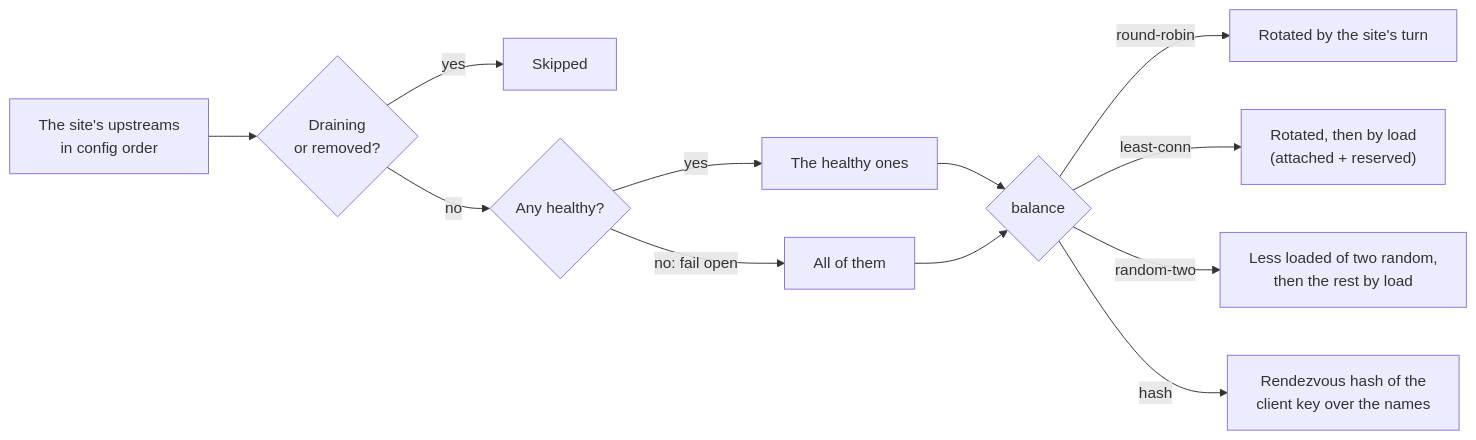
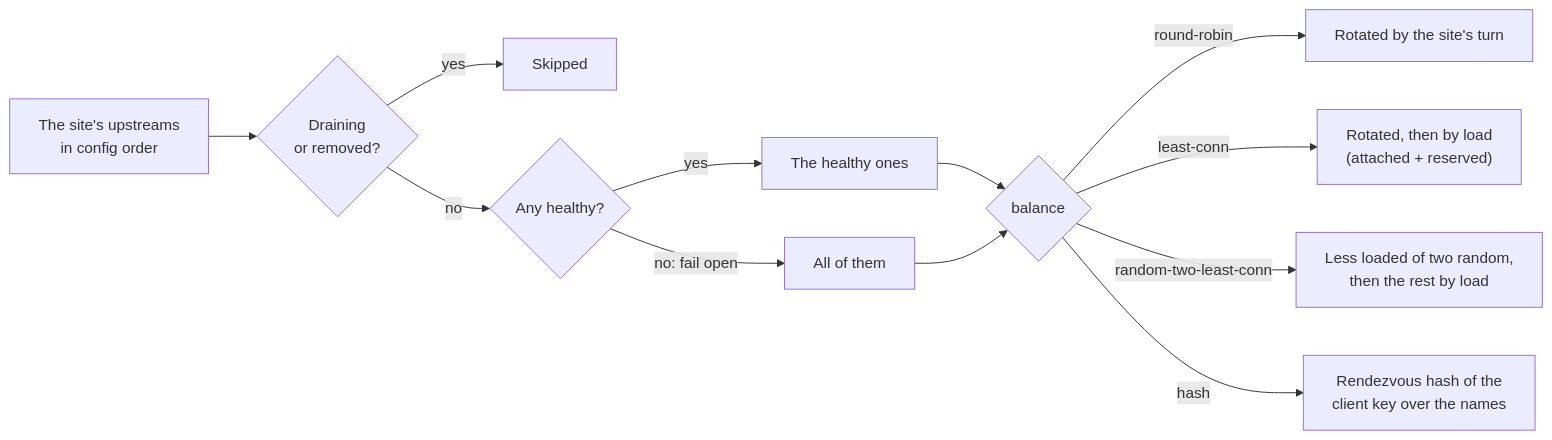
One commit to binwiederhier/ntlb changed the fourth of 16 diagrams in docs/architecture.md. Above: the diagram before and after it, drawn with Mermaid. The commit also changed 17 other files, not shown here.

First line of the commit message:
Add server weights and backups, rename random-two, test ntfy end to end

````diff
--- a/docs/architecture.md
+++ b/docs/architecture.md
@@ -159,14 +159,14 @@
 ```mermaid
 flowchart LR
     all["The site's upstreams<br/>in config order"] --> draining{"Draining<br/>or removed?"}
     draining -- yes --> skip["Skipped"]
     draining -- no --> healthy{"Any healthy?"}
     healthy -- yes --> h["The healthy ones"]
     healthy -- "no: fail open" --> u["All of them"]
     h --> order{"balance"}
     u --> order
     order -- "round-robin" --> rr["Rotated by the site's turn"]
     order -- "least-conn" --> lc["Rotated, then by load<br/>(attached + reserved)"]
-    order -- "random-two" --> r2["Less loaded of two random,<br/>then the rest by load"]
+    order -- "random-two-least-conn" --> r2["Less loaded of two random,<br/>then the rest by load"]
     order -- "hash" --> hash["Rendezvous hash of the<br/>client key over the names"]
 ```
````
